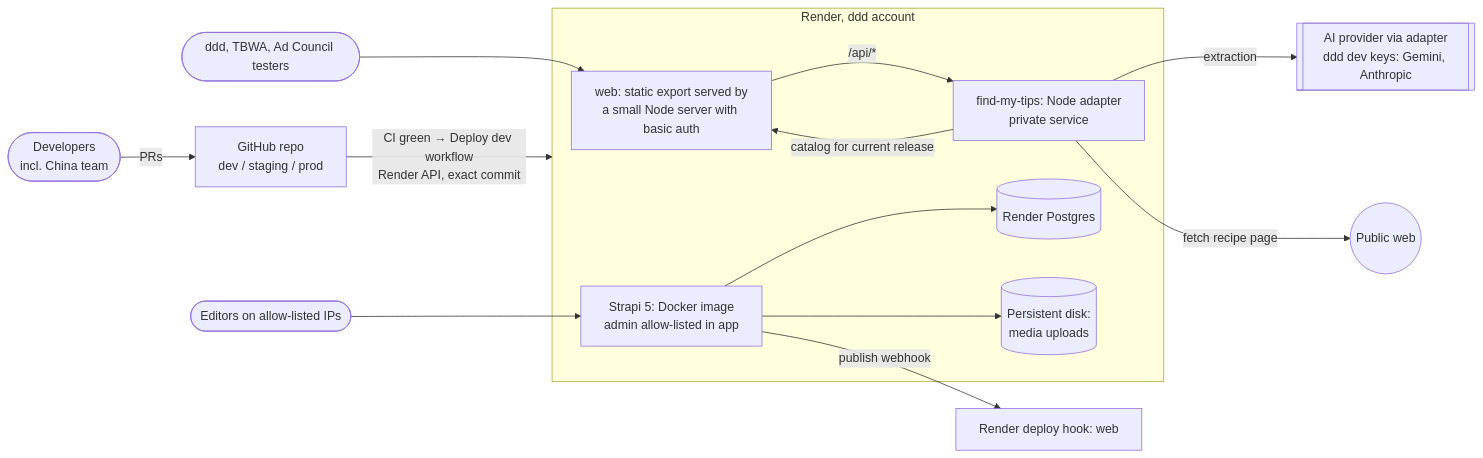
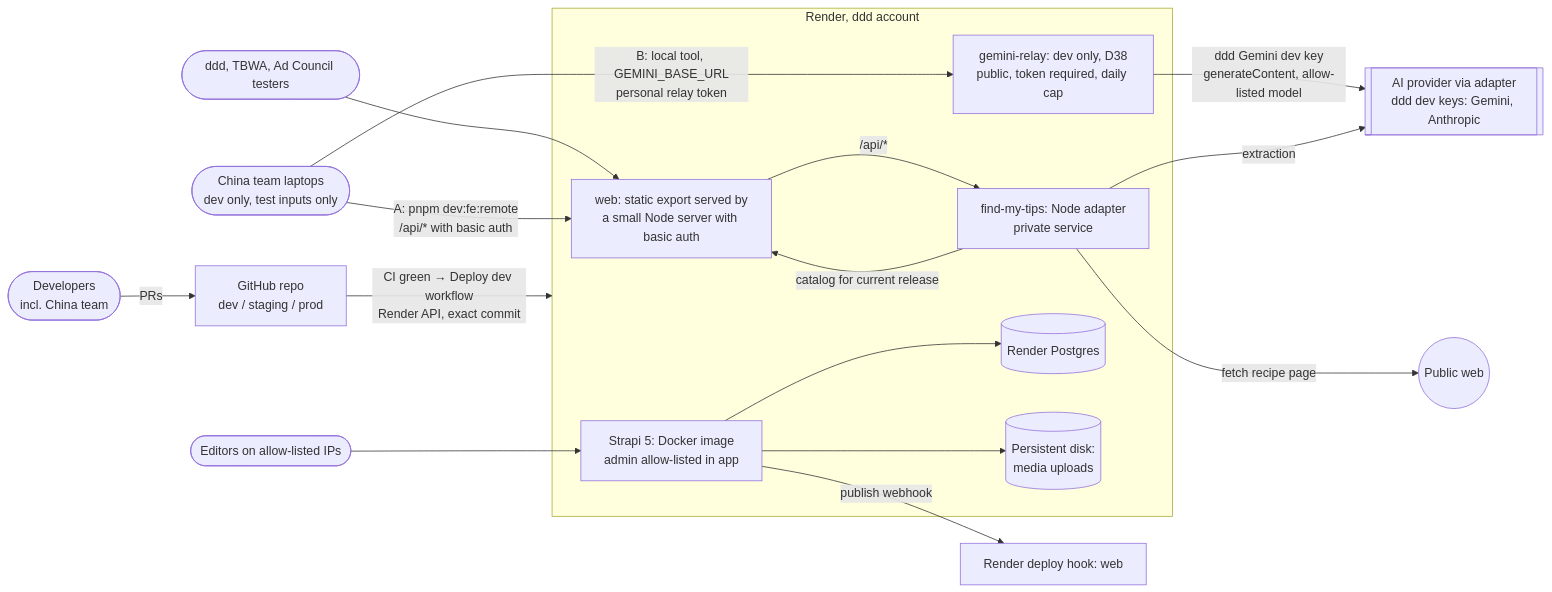
The first of 6 diagrams in docs/TDD.md (hancock01919sh/llf), drawn with Mermaid before and after one commit. The commit also changed other lines of this file and 20 other files, not shown here.

First line of the commit message:
BD3244-109: feat(dev): Gemini relay and Render dev API for the China team (D38)

````diff
--- a/docs/TDD.md
+++ b/docs/TDD.md
@@ -238,21 +238,25 @@
 ```mermaid
 flowchart LR
   devs([Developers<br/>incl. China team]) -->|PRs| gh[GitHub repo<br/>dev / staging / prod]
   gh -->|CI green → Deploy dev workflow<br/>Render API, exact commit| render
   subgraph render[Render, ddd account]
     web[web: static export served by<br/>a small Node server with basic auth]
     api[find-my-tips: Node adapter<br/>private service]
+    relay[gemini-relay: dev only, D38<br/>public, token required, daily cap]
     cms[Strapi 5: Docker image<br/>admin allow-listed in app]
     pg[(Render Postgres)]
     disk[(Persistent disk:<br/>media uploads)]
   end
   testers([ddd, TBWA, Ad Council testers]) --> web
+  china([China team laptops<br/>dev only, test inputs only]) -->|A: pnpm dev:fe:remote<br/>/api/* with basic auth| web
+  china -->|B: local tool, GEMINI_BASE_URL<br/>personal relay token| relay
+  relay -->|ddd Gemini dev key<br/>generateContent, allow-listed model| claude
   web -->|/api/*| api
   api -->|catalog for current release| web
   api -->|extraction| claude[[AI provider via adapter<br/>ddd dev keys: Gemini, Anthropic]]
   api -->|fetch recipe page| www((Public web))
   editors([Editors on allow-listed IPs]) --> cms
   cms --> pg
   cms --> disk
   cms -->|publish webhook| hook[Render deploy hook: web]
 ```
````
